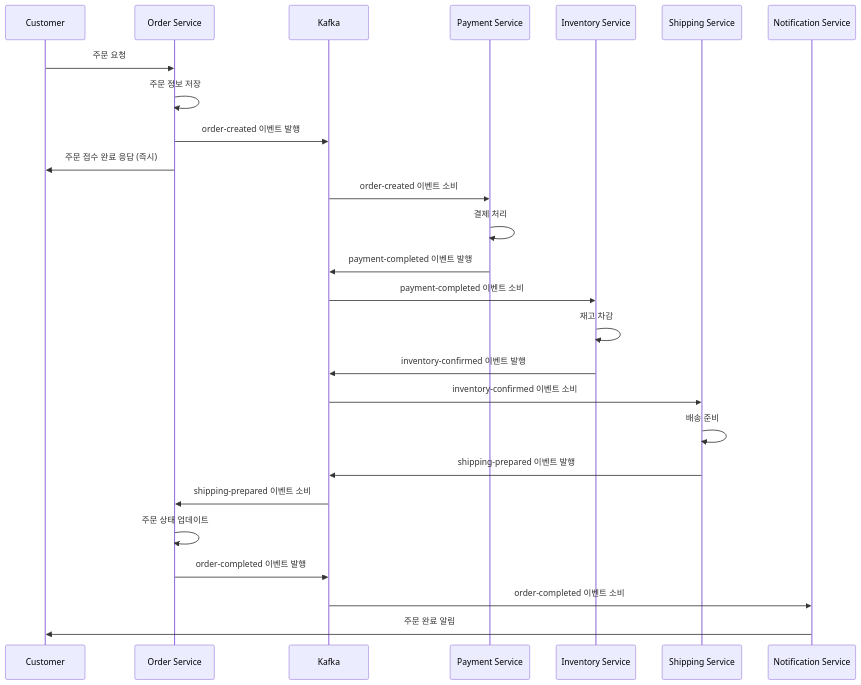
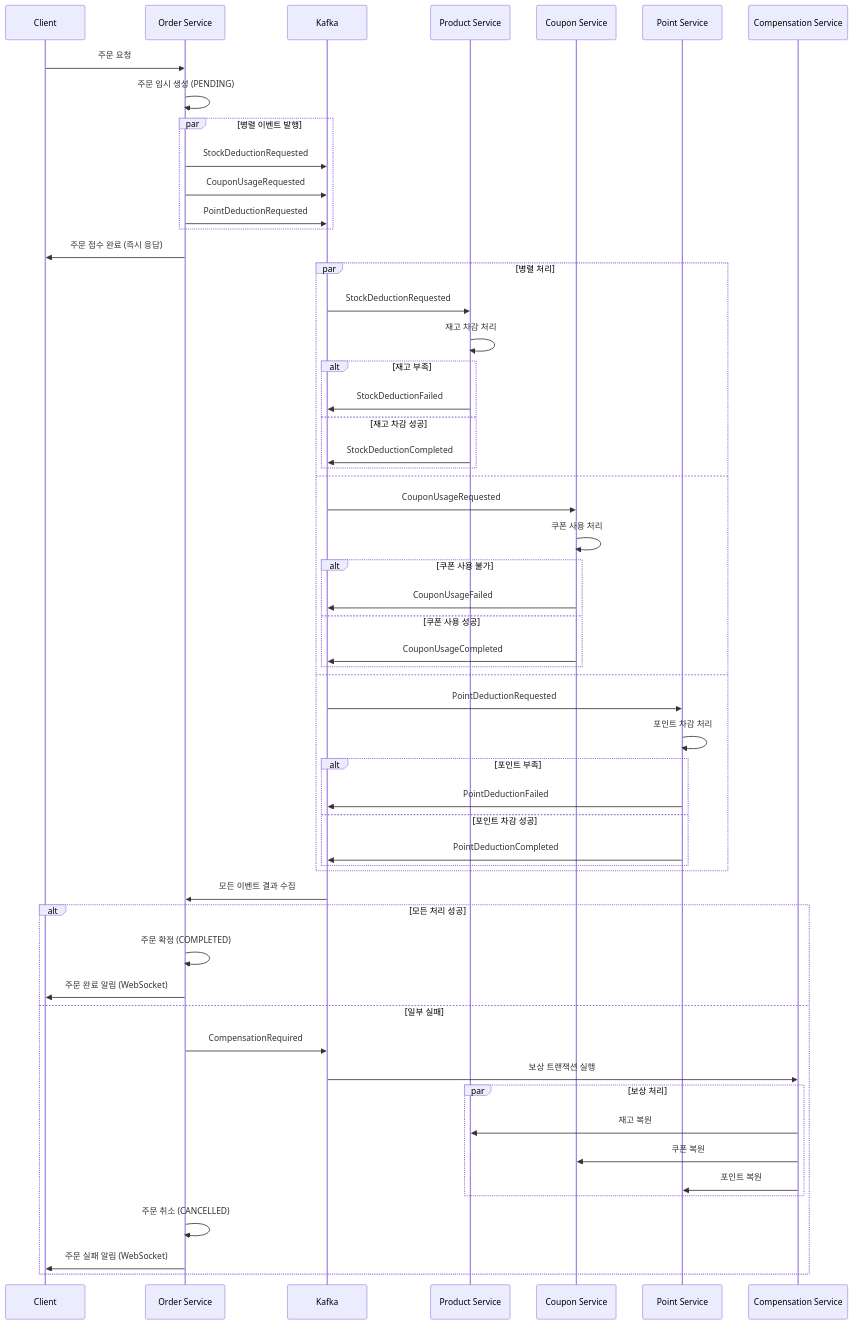
The first of 2 diagrams in 9week/docs/report/카프카를 활용한 비즈니스 프로세스 개선 보고서.md (jih3508/hanghea_plus_backend_8th), drawn with Mermaid before and after one commit. The commit also changed other lines of this file, not shown here.

````diff
--- a/9week/docs/report/카프카를 활용한 비즈니스 프로세스 개선 보고서.md
+++ b/9week/docs/report/카프카를 활용한 비즈니스 프로세스 개선 보고서.md
@@ -116,34 +112,66 @@
 ```mermaid
 sequenceDiagram
-    participant C as Customer
-    participant OS as Order Service
-    participant K as Kafka
-    participant PS as Payment Service
-    participant IS as Inventory Service
-    participant SS as Shipping Service
-    participant NS as Notification Service
-
-    C->>OS: 주문 요청
-    OS->>OS: 주문 정보 저장
-    OS->>K: order-created 이벤트 발행
-    OS->>C: 주문 접수 완료 응답 (즉시)
-
-    K->>PS: order-created 이벤트 소비
-    PS->>PS: 결제 처리
-    PS->>K: payment-completed 이벤트 발행
-
-    K->>IS: payment-completed 이벤트 소비
-    IS->>IS: 재고 차감
-    IS->>K: inventory-confirmed 이벤트 발행
-
-    K->>SS: inventory-confirmed 이벤트 소비
-    SS->>SS: 배송 준비
-    SS->>K: shipping-prepared 이벤트 발행
-
-    K->>OS: shipping-prepared 이벤트 소비
-    OS->>OS: 주문 상태 업데이트
-    OS->>K: order-completed 이벤트 발행
-
-    K->>NS: order-completed 이벤트 소비
-    NS->>C: 주문 완료 알림
+    participant Client
+    participant Order Service
+    participant Kafka
+    participant Product Service
+    participant Coupon Service
+    participant Point Service
+    participant Compensation Service
+    
+    Client->>Order Service: 주문 요청
+    Order Service->>Order Service: 주문 임시 생성 (PENDING)
+    
+    par 병렬 이벤트 발행
+        Order Service->>Kafka: StockDeductionRequested
+        Order Service->>Kafka: CouponUsageRequested  
+        Order Service->>Kafka: PointDeductionRequested
+    end
+    
+    Order Service->>Client: 주문 접수 완료 (즉시 응답)
+    
+    par 병렬 처리
+        Kafka->>Product Service: StockDeductionRequested
+        Product Service->>Product Service: 재고 차감 처리
+        alt 재고 부족
+            Product Service->>Kafka: StockDeductionFailed
+        else 재고 차감 성공
+            Product Service->>Kafka: StockDeductionCompleted
+        end
+    and
+        Kafka->>Coupon Service: CouponUsageRequested
+        Coupon Service->>Coupon Service: 쿠폰 사용 처리
+        alt 쿠폰 사용 불가
+            Coupon Service->>Kafka: CouponUsageFailed
+        else 쿠폰 사용 성공
+            Coupon Service->>Kafka: CouponUsageCompleted
+        end
+    and
+        Kafka->>Point Service: PointDeductionRequested
+        Point Service->>Point Service: 포인트 차감 처리
+        alt 포인트 부족
+            Point Service->>Kafka: PointDeductionFailed
+        else 포인트 차감 성공
+            Point Service->>Kafka: PointDeductionCompleted
+        end
+    end
+    
+    Kafka->>Order Service: 모든 이벤트 결과 수집
+    
+    alt 모든 처리 성공
+        Order Service->>Order Service: 주문 확정 (COMPLETED)
+        Order Service->>Client: 주문 완료 알림 (WebSocket)
+    else 일부 실패
+        Order Service->>Kafka: CompensationRequired
+        Kafka->>Compensation Service: 보상 트랜잭션 실행
+        
+        par 보상 처리
+            Compensation Service->>Product Service: 재고 복원
+            Compensation Service->>Coupon Service: 쿠폰 복원  
+            Compensation Service->>Point Service: 포인트 복원
+        end
+        
+        Order Service->>Order Service: 주문 취소 (CANCELLED)
+        Order Service->>Client: 주문 실패 알림 (WebSocket)
+    end
 ```
````
